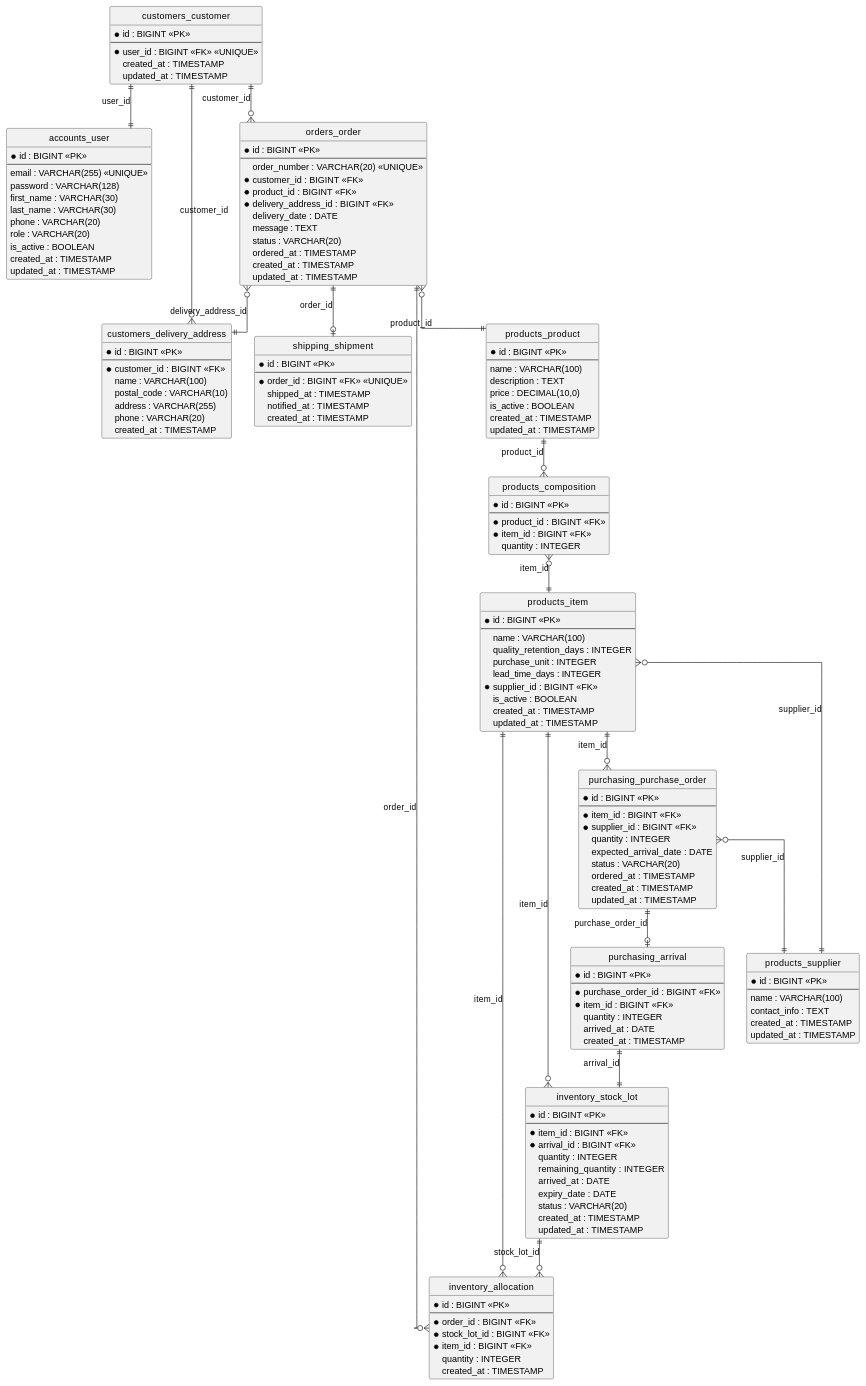
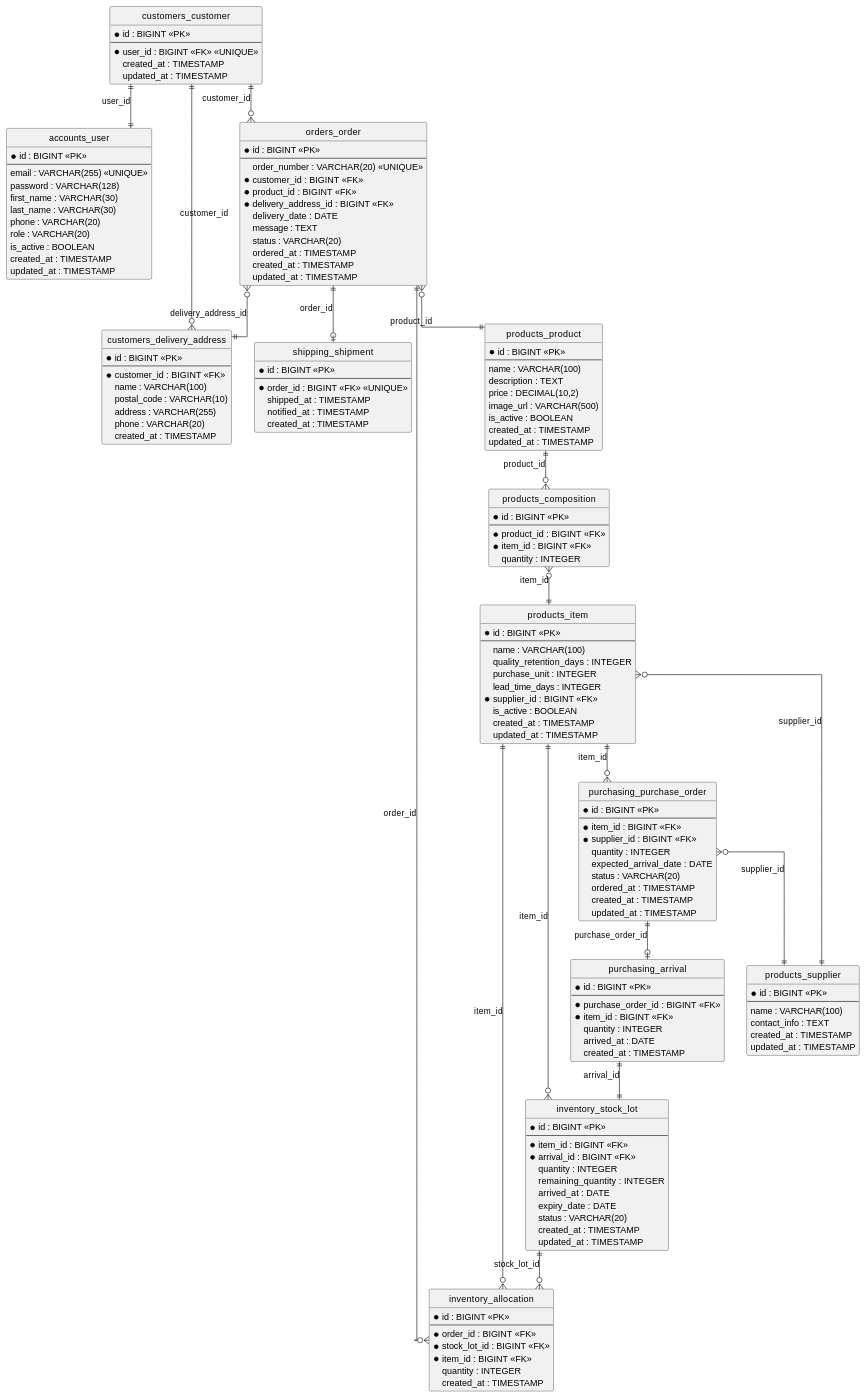
One commit to k2works/case-study-sdd-development changed the second of 2 diagrams in docs/design/data-model.md. Above: the diagram before and after it, drawn with PlantUML. The commit also changed other lines of this file and 3 other files, not shown here.

```diff
--- a/docs/design/data-model.md
+++ b/docs/design/data-model.md
@@ -132,7 +132,8 @@
   --
   name : VARCHAR(100)
   description : TEXT
-  price : DECIMAL(10,0)
+  price : DECIMAL(10,2)
+  image_url : VARCHAR(500)
   is_active : BOOLEAN
   created_at : TIMESTAMP
   updated_at : TIMESTAMP
```
